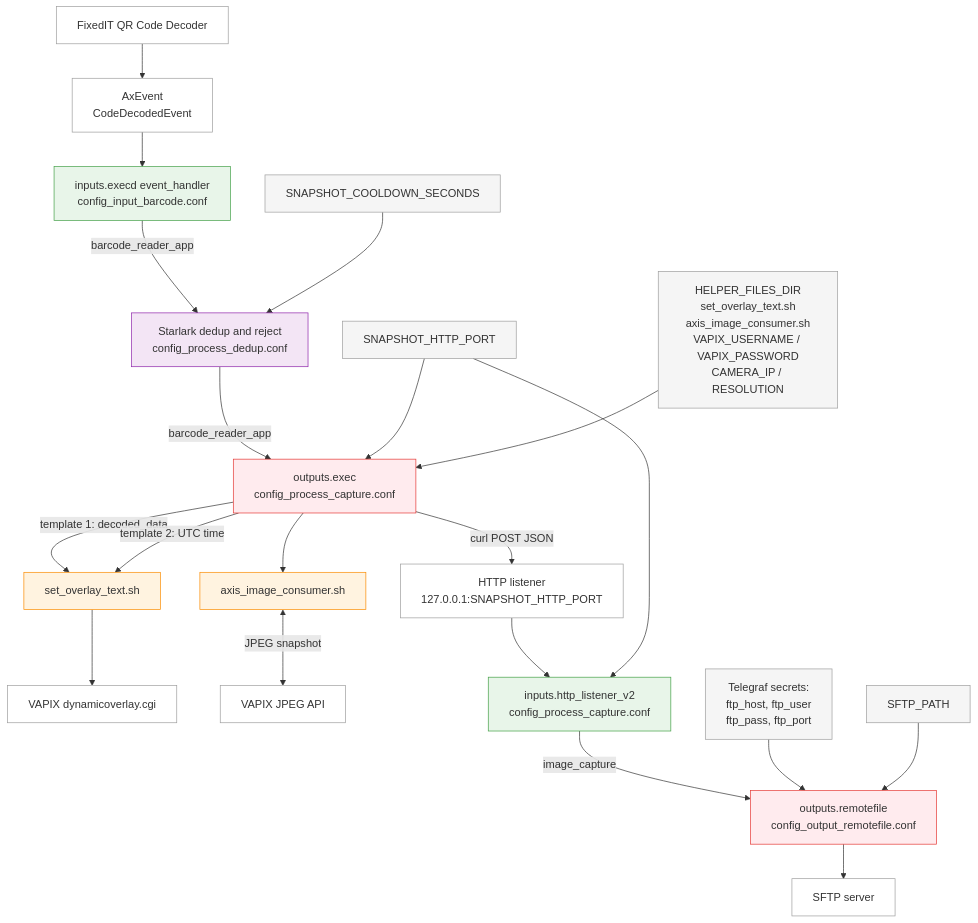
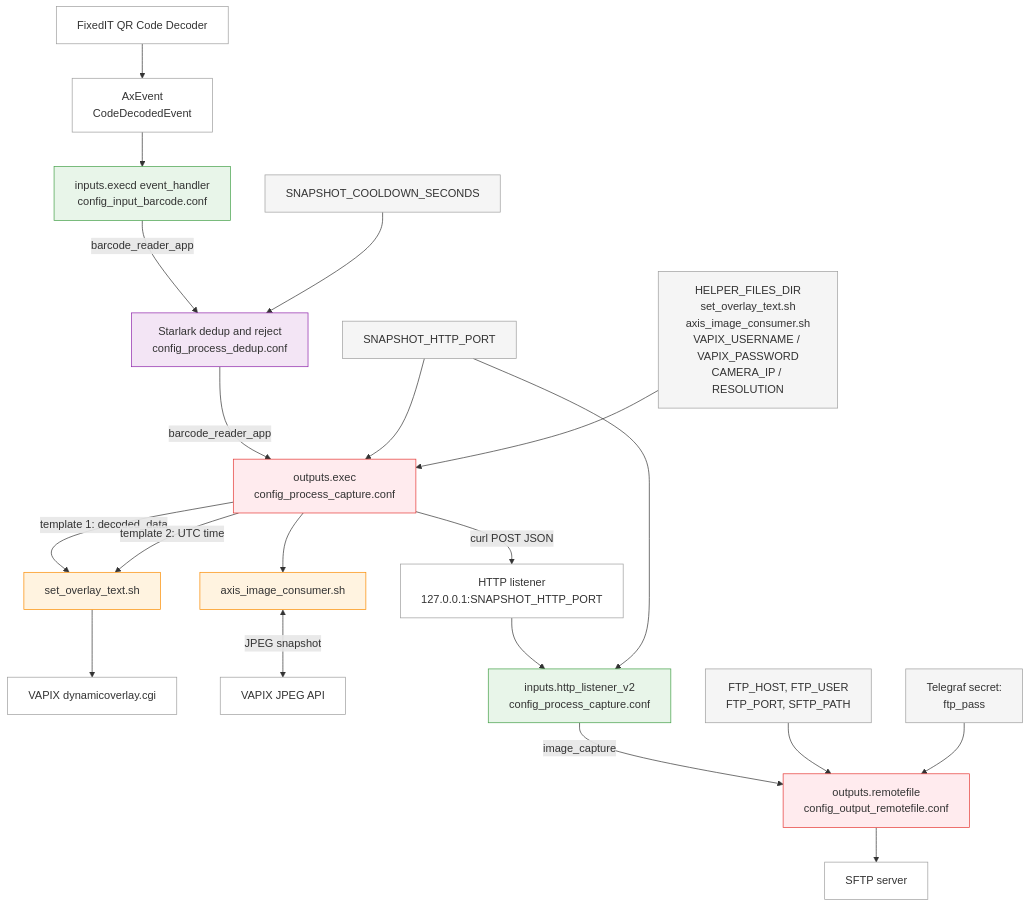
One commit to fixedit-ai/fixedit-data-agent-examples changed the diagram in project-sftp-upload-of-qr-codes/README.md. Above: the diagram before and after it, drawn with Mermaid. The commit also changed other lines of this file and 2 other files, not shown here.

Commit message:
Change some secrets to env vars

````diff
--- a/project-sftp-upload-of-qr-codes/README.md
+++ b/project-sftp-upload-of-qr-codes/README.md
@@ -9,51 +9,51 @@
 ```mermaid
 flowchart TD
     QR["FixedIT QR Code Decoder"] --> EVT["AxEvent<br/>CodeDecodedEvent"]
     EVT --> IN["inputs.execd event_handler<br/>config_input_barcode.conf"]
     IN -->|barcode_reader_app| STAR["Starlark dedup and reject<br/>config_process_dedup.conf"]
     STAR -->|barcode_reader_app| CAP["outputs.exec<br/>config_process_capture.conf"]
 
     CAP -->|template 1: decoded_data| OVERLAY["set_overlay_text.sh"]
     CAP -->|template 2: UTC time| OVERLAY
     OVERLAY --> VAPIX_OVL["VAPIX dynamicoverlay.cgi"]
 
     CAP --> IMG["axis_image_consumer.sh"]
     IMG <-->|JPEG snapshot| VAPIX_JPG["VAPIX JPEG API"]
 
     CAP -->|curl POST JSON| SNAP_HTTP["HTTP listener<br/>127.0.0.1:SNAPSHOT_HTTP_PORT"]
     SNAP_HTTP --> IN2["inputs.http_listener_v2<br/>config_process_capture.conf"]
     IN2 -->|image_capture| RF["outputs.remotefile<br/>config_output_remotefile.conf"]
     RF --> SFTP["SFTP server"]
 
     XSnapPort["SNAPSHOT_HTTP_PORT"]
     XCooldown["SNAPSHOT_COOLDOWN_SECONDS"]
     XScripts["HELPER_FILES_DIR<br/>set_overlay_text.sh<br/>axis_image_consumer.sh<br/>VAPIX_USERNAME / VAPIX_PASSWORD<br/>CAMERA_IP / RESOLUTION"]
-    XSftpSecrets["Telegraf secrets:<br/>ftp_host, ftp_user<br/>ftp_pass, ftp_port"]
-    XSftpPath["SFTP_PATH"]
+    XSftpEnv["FTP_HOST, FTP_USER<br/>FTP_PORT, SFTP_PATH"]
+    XSftpSecret["Telegraf secret:<br/>ftp_pass"]
 
     XSnapPort --> CAP
     XSnapPort --> IN2
     XCooldown --> STAR
     XScripts --> CAP
-    XSftpSecrets --> RF
-    XSftpPath --> RF
+    XSftpEnv --> RF
+    XSftpSecret --> RF
 
     style QR fill:#ffffff,stroke:#9e9e9e
     style EVT fill:#ffffff,stroke:#9e9e9e
     style IN fill:#e8f5e9,stroke:#43a047
     style STAR fill:#f3e5f5,stroke:#8e24aa
     style CAP fill:#ffebee,stroke:#e53935
     style OVERLAY fill:#fff3e0,stroke:#fb8c00
     style IMG fill:#fff3e0,stroke:#fb8c00
     style VAPIX_OVL fill:#ffffff,stroke:#9e9e9e
     style VAPIX_JPG fill:#ffffff,stroke:#9e9e9e
     style SNAP_HTTP fill:#ffffff,stroke:#9e9e9e
     style IN2 fill:#e8f5e9,stroke:#43a047
     style RF fill:#ffebee,stroke:#e53935
     style SFTP fill:#ffffff,stroke:#9e9e9e
     style XSnapPort fill:#f5f5f5,stroke:#9e9e9e
     style XCooldown fill:#f5f5f5,stroke:#9e9e9e
     style XScripts fill:#f5f5f5,stroke:#9e9e9e
-    style XSftpSecrets fill:#f5f5f5,stroke:#9e9e9e
-    style XSftpPath fill:#f5f5f5,stroke:#9e9e9e
+    style XSftpEnv fill:#f5f5f5,stroke:#9e9e9e
+    style XSftpSecret fill:#f5f5f5,stroke:#9e9e9e
 ```
````
